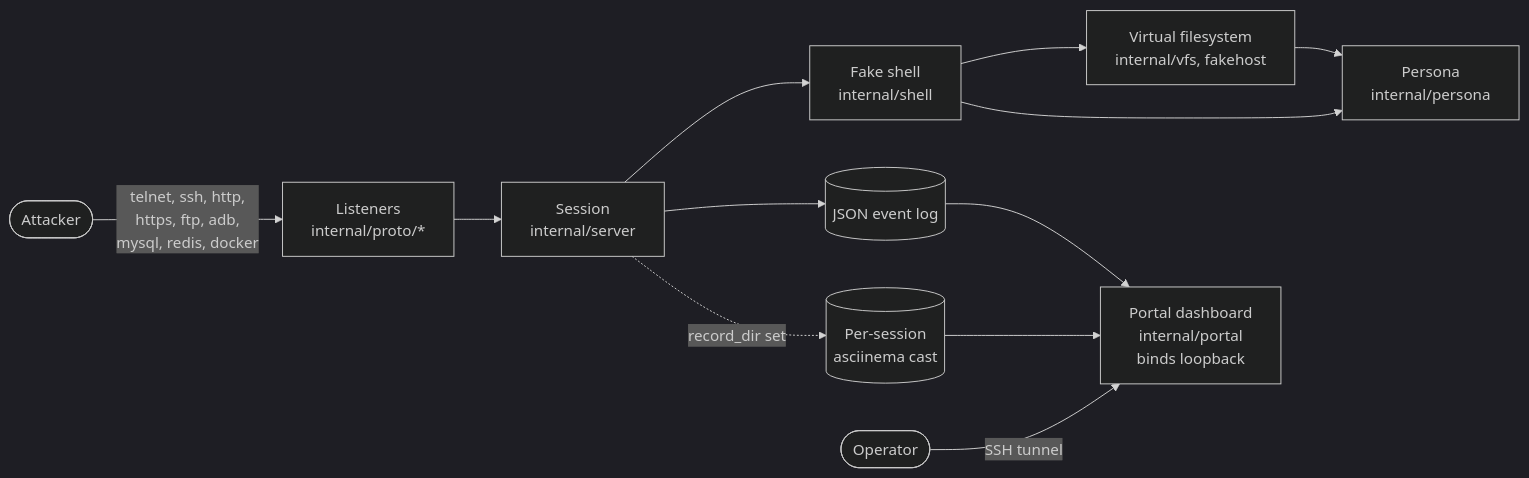
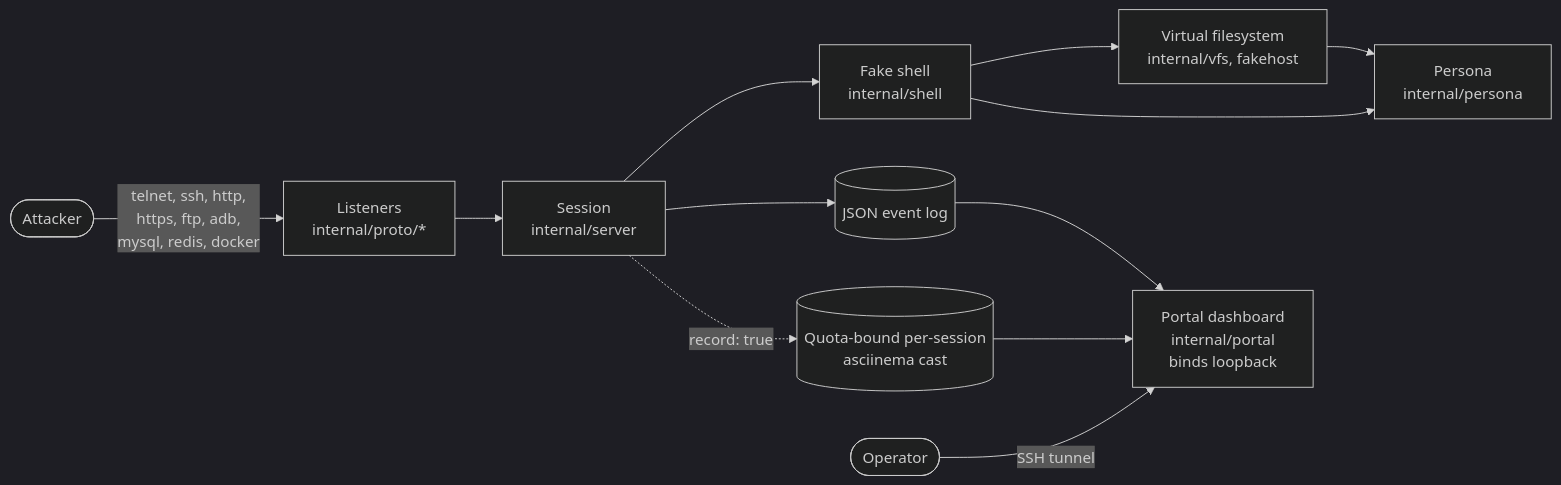
Before and after one commit to adrianmcphee/sweeTTY: the first of 3 diagrams in ARCHITECTURE.md, drawn with Mermaid (dark theme). The commit also changed 6 other files, not shown here.

Commit message:
fix(recording): make casts opt-in and quota-bound

````diff
--- a/ARCHITECTURE.md
+++ b/ARCHITECTURE.md
@@ -9,14 +9,14 @@
 ```mermaid
 flowchart LR
     ATK([Attacker]) -->|telnet, ssh, http,<br/>https, ftp, adb,<br/>mysql, redis, docker| LIS["Listeners<br/>internal/proto/*"]
     LIS --> SES["Session<br/>internal/server"]
     SES --> SHELL["Fake shell<br/>internal/shell"]
     SHELL --> VFS["Virtual filesystem<br/>internal/vfs, fakehost"]
     SHELL --> PER["Persona<br/>internal/persona"]
     VFS --> PER
     SES --> LOG[("JSON event log")]
-    SES -. "record_dir set" .-> CAST[("Per-session<br/>asciinema cast")]
+    SES -. "record: true" .-> CAST[("Quota-bound per-session<br/>asciinema cast")]
     LOG --> PORTAL["Portal dashboard<br/>internal/portal<br/>binds loopback"]
     CAST --> PORTAL
     OP([Operator]) -->|SSH tunnel| PORTAL
 ```
````
